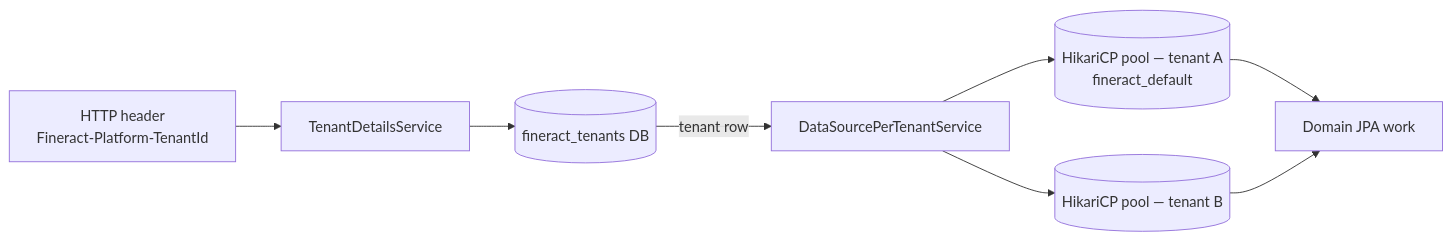
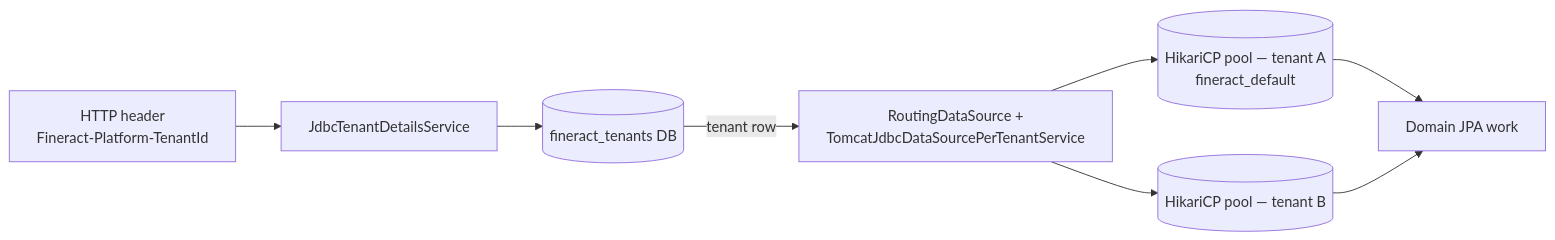
One commit to mintlify-atlas/docs-wiki-31b07890 changed the seventh of 7 diagrams in overview/architecture.mdx. Above: the diagram before and after it, drawn with Mermaid. The commit also changed other lines of this file and 115 other files, not shown here.

````diff
--- a/overview/architecture.mdx
+++ b/overview/architecture.mdx
@@ -375,10 +424,10 @@
 ```mermaid
 flowchart LR
-    H[HTTP header<br/>Fineract-Platform-TenantId] --> Resolver[TenantDetailsService]
+    H[HTTP header<br/>Fineract-Platform-TenantId] --> Resolver[JdbcTenantDetailsService]
     Resolver --> Tenants[(fineract_tenants DB)]
-    Tenants -->|tenant row| Router[DataSourcePerTenantService]
+    Tenants -->|tenant row| Router[RoutingDataSource +<br/>TomcatJdbcDataSourcePerTenantService]
     Router --> Pool1[(HikariCP pool — tenant A<br/>fineract_default)]
     Router --> Pool2[(HikariCP pool — tenant B)]
     Pool1 --> Domain[Domain JPA work]
     Pool2 --> Domain
 ```
````
